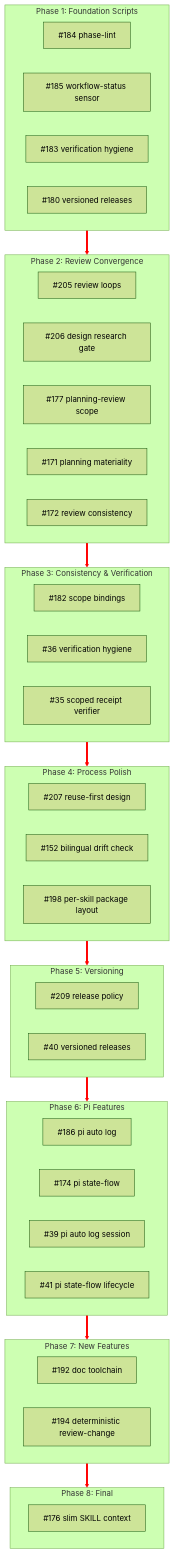
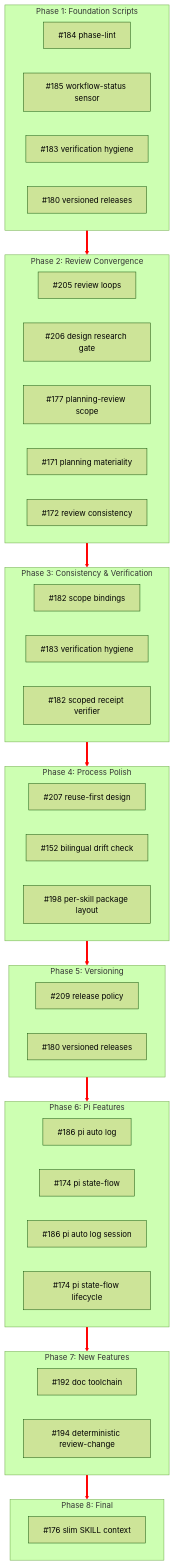
Before and after one commit to gtrabanco/agentic-workflow: the diagram in docs/features/ROADMAP_EXECUTION_ORDER.md, drawn with Mermaid (forest theme). The commit also changed other lines of this file and 1 other file, not shown here.

Commit message:
fix(37): fold F20 - correct the execution-order issue numbers
Five rows used the feature number in the Issue column (#36/#35/#40/#39/#41) and their mermaid nodes repeated it. Corrected to the authoritative issue numbers from ROADMAP.md rows 35/36/39/41 (#183/#182/#186/#174) plus the feat-40 row (#40 -> #180, same root cause). Ledger row F20 flipped to folded: yes.

````diff
--- a/docs/features/ROADMAP_EXECUTION_ORDER.md
+++ b/docs/features/ROADMAP_EXECUTION_ORDER.md
@@ -93,60 +93,60 @@
 ```mermaid
 graph TD
     subgraph P1["Phase 1: Foundation Scripts"]
         A[#184 phase-lint]
         B[#185 workflow-status sensor]
         C[#183 verification hygiene]
         D[#180 versioned releases]
     end
 
     subgraph P2["Phase 2: Review Convergence"]
         E[#205 review loops]
         F[#206 design research gate]
         G[#177 planning-review scope]
         H[#171 planning materiality]
         I[#172 review consistency]
     end
 
     subgraph P3["Phase 3: Consistency & Verification"]
         J[#182 scope bindings]
-        K[#36 verification hygiene]
-        L[#35 scoped receipt verifier]
+        K[#183 verification hygiene]
+        L[#182 scoped receipt verifier]
     end
 
     subgraph P4["Phase 4: Process Polish"]
         M[#207 reuse-first design]
         N[#152 bilingual drift check]
         O[#198 per-skill package layout]
     end
 
     subgraph P5["Phase 5: Versioning"]
         P[#209 release policy]
-        Q[#40 versioned releases]
+        Q[#180 versioned releases]
     end
 
     subgraph P6["Phase 6: Pi Features"]
         R[#186 pi auto log]
         S[#174 pi state-flow]
-        T[#39 pi auto log session]
-        U[#41 pi state-flow lifecycle]
+        T[#186 pi auto log session]
+        U[#174 pi state-flow lifecycle]
     end
 
     subgraph P7["Phase 7: New Features"]
         V[#192 doc toolchain]
         W[#194 deterministic review-change]
     end
 
     subgraph P8["Phase 8: Final"]
         X[#176 slim SKILL context]
     end
 
     P1 --> P2
     P2 --> P3
     P3 --> P4
     P4 --> P5
     P5 --> P6
     P6 --> P7
     P7 --> P8
 
     linkStyle 0,1,2,3,4,5,6 stroke-width:4px,fill:none,stroke:red
 ```
````
